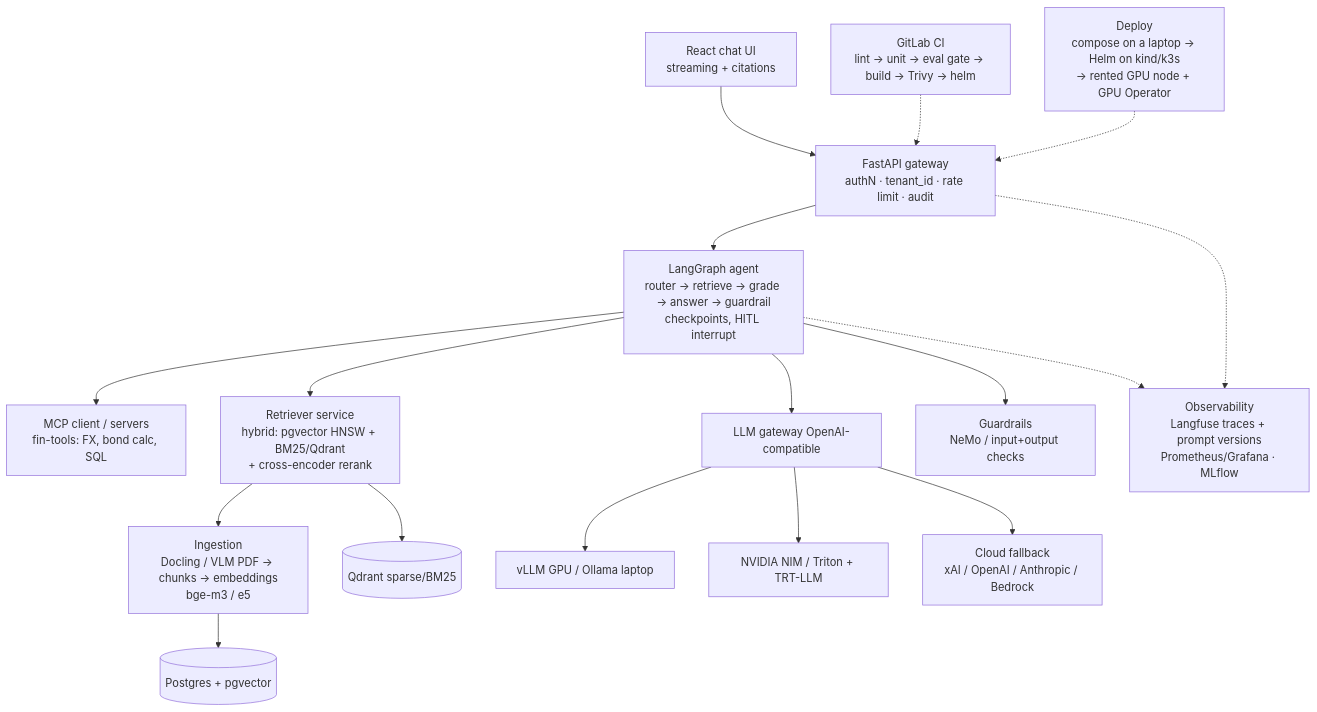
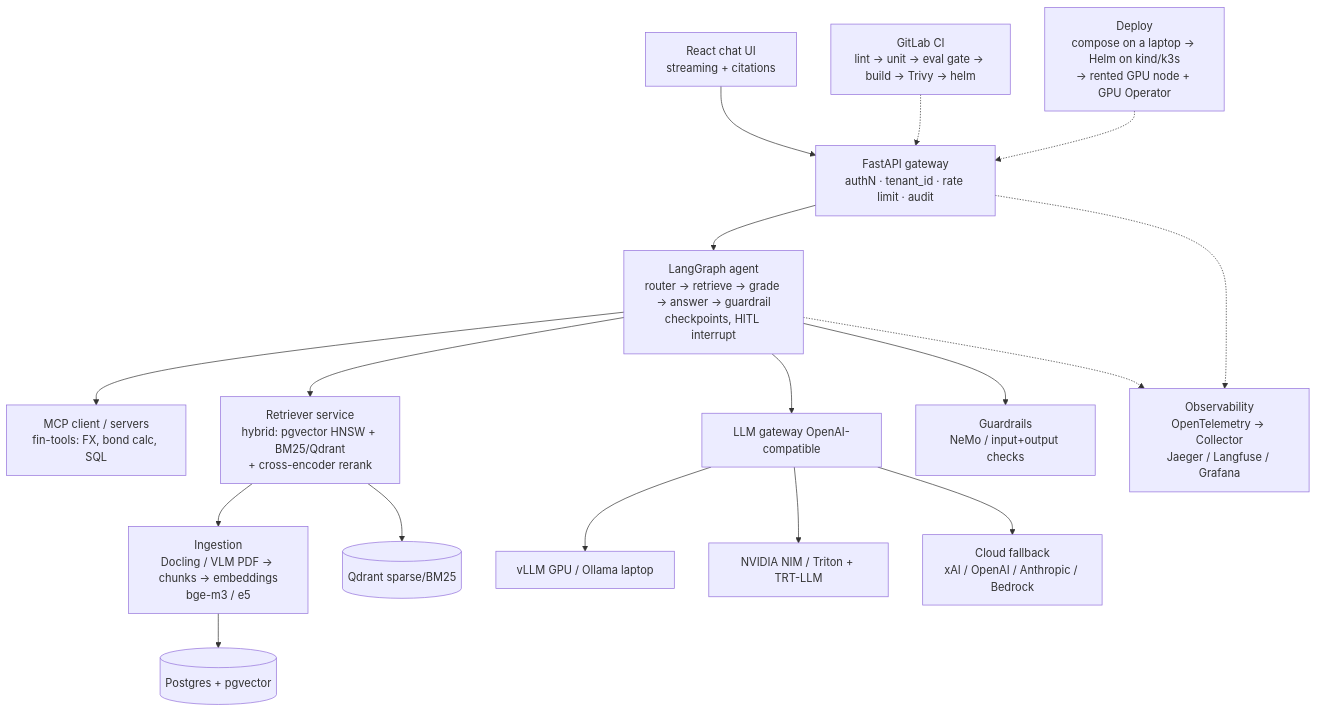
The diagram in README.md (saequus/agentic-rag-platform), drawn with Mermaid before and after one commit. The commit also changed other lines of this file and 18 other files, not shown here.

First line of the commit message:
feat: instrument the API with OpenTelemetry GenAI spans

````diff
--- a/README.md
+++ b/README.md
@@ -43,29 +49,29 @@
 ```mermaid
 flowchart TB
     UI["React chat UI<br/>streaming + citations"]
     CI["GitLab CI<br/>lint → unit → eval gate → build → Trivy → helm"]
     GW["FastAPI gateway<br/>authN · tenant_id · rate limit · audit"]
     AG["LangGraph agent<br/>router → retrieve → grade → answer → guardrail<br/>checkpoints, HITL interrupt"]
 
     UI --> GW --> AG
     CI -.-> GW
 
     AG --> MCP["MCP client / servers<br/>fin-tools: FX, bond calc, SQL"]
     AG --> RET["Retriever service<br/>hybrid: pgvector HNSW + BM25/Qdrant<br/>+ cross-encoder rerank"]
     AG --> LLM["LLM gateway OpenAI-compatible"]
     AG --> GRD["Guardrails<br/>NeMo / input+output checks"]
 
     LLM --> VLLM["vLLM GPU / Ollama laptop"]
     LLM --> NIM["NVIDIA NIM / Triton + TRT-LLM"]
     LLM --> CLOUD["Cloud fallback<br/>xAI / OpenAI / Anthropic / Bedrock"]
 
     RET --> ING["Ingestion<br/>Docling / VLM PDF → chunks → embeddings<br/>bge-m3 / e5"]
     ING --> PG[("Postgres + pgvector")]
     RET --> QD[("Qdrant sparse/BM25")]
 
-    OBS["Observability<br/>Langfuse traces + prompt versions<br/>Prometheus/Grafana · MLflow"]
+    OBS["Observability<br/>OpenTelemetry → Collector<br/>Jaeger / Langfuse / Grafana"]
     DEP["Deploy<br/>compose on a laptop → Helm on kind/k3s<br/>→ rented GPU node + GPU Operator"]
     GW -.-> OBS
     AG -.-> OBS
     DEP -.-> GW
 ```
````
